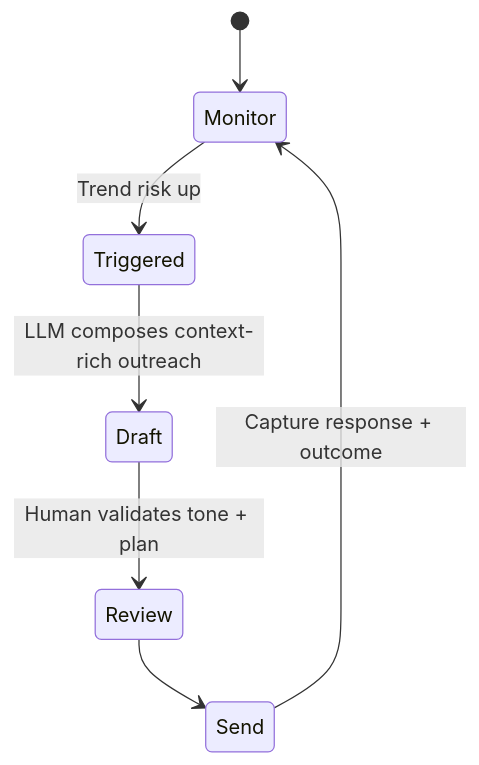
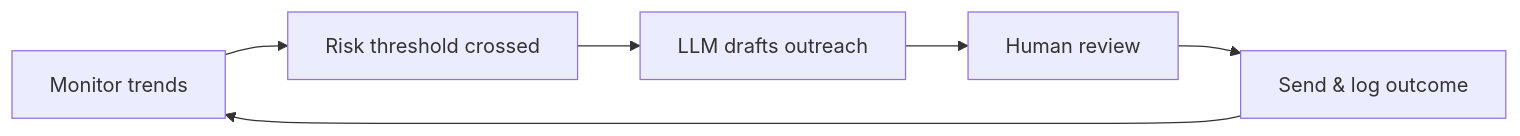
Before and after one commit to hadijaveed/personal-blog: the second of 2 diagrams in docs/posts/patient-self-reporting-stack.md, drawn with Mermaid. The commit also changed other lines of this file and 3 other files, not shown here.

````diff
--- a/docs/posts/patient-self-reporting-stack.md
+++ b/docs/posts/patient-self-reporting-stack.md
@@ -84,9 +76,14 @@
 ```mermaid
-stateDiagram-v2
-    [*] --> Monitor
-    Monitor --> Triggered : Trend risk up
-    Triggered --> Draft : LLM composes context-rich outreach
-    Draft --> Review : Human validates tone + plan
+flowchart LR
+    Monitor[Monitor trends]
+    Detect[Risk threshold crossed]
+    Draft[LLM drafts outreach]
+    Review[Human review]
+    Send[Send & log outcome]
+
+    Monitor --> Detect
+    Detect --> Draft
+    Draft --> Review
     Review --> Send
-    Send --> Monitor : Capture response + outcome
+    Send --> Monitor
 ```
````
